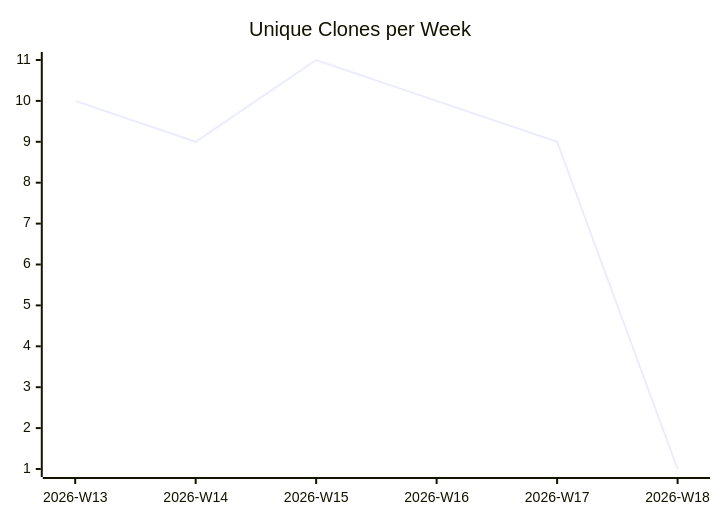
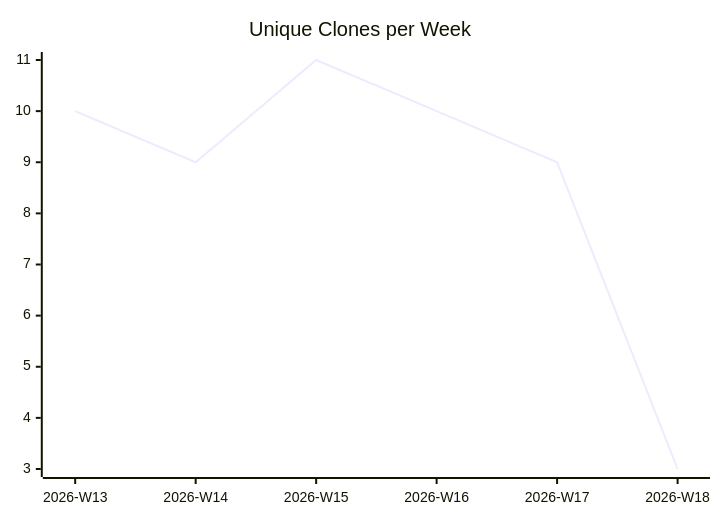
One commit to justdavis-family/github-analytics-data changed the third of 3 diagrams in karlmdavis/usgs-water-api-java/README.md. Above: the diagram before and after it, drawn with Mermaid. The commit also changed other lines of this file and 184 other files, not shown here.

````diff
--- a/karlmdavis/usgs-water-api-java/README.md
+++ b/karlmdavis/usgs-water-api-java/README.md
@@ -19,6 +19,6 @@
 ```mermaid
 xychart-beta
   title "Unique Clones per Week"
   x-axis ["2026-W13", "2026-W14", "2026-W15", "2026-W16", "2026-W17", "2026-W18"]
-  line [10, 9, 11, 10, 9, 1]
+  line [10, 9, 11, 10, 9, 3]
 ```
````
